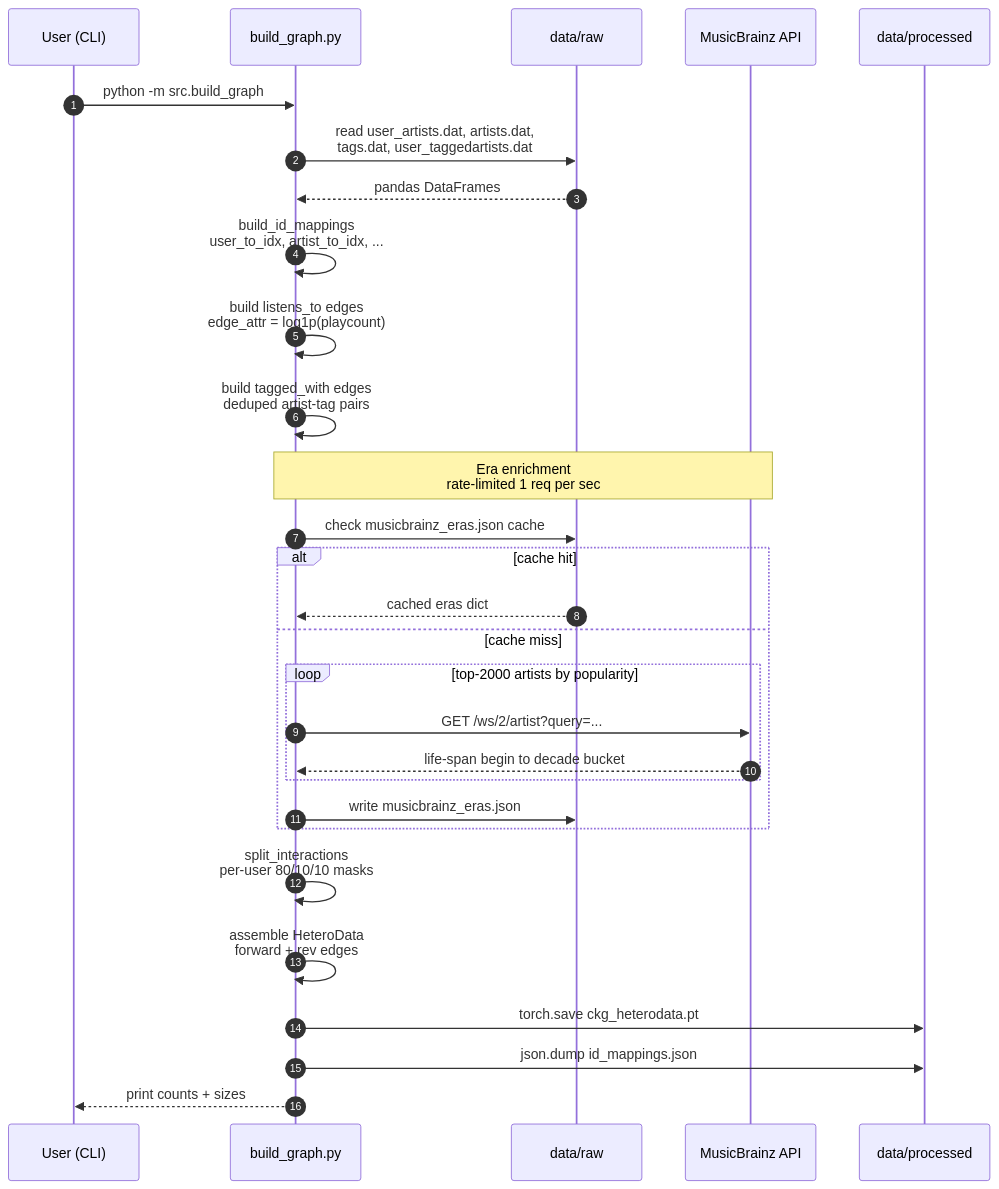
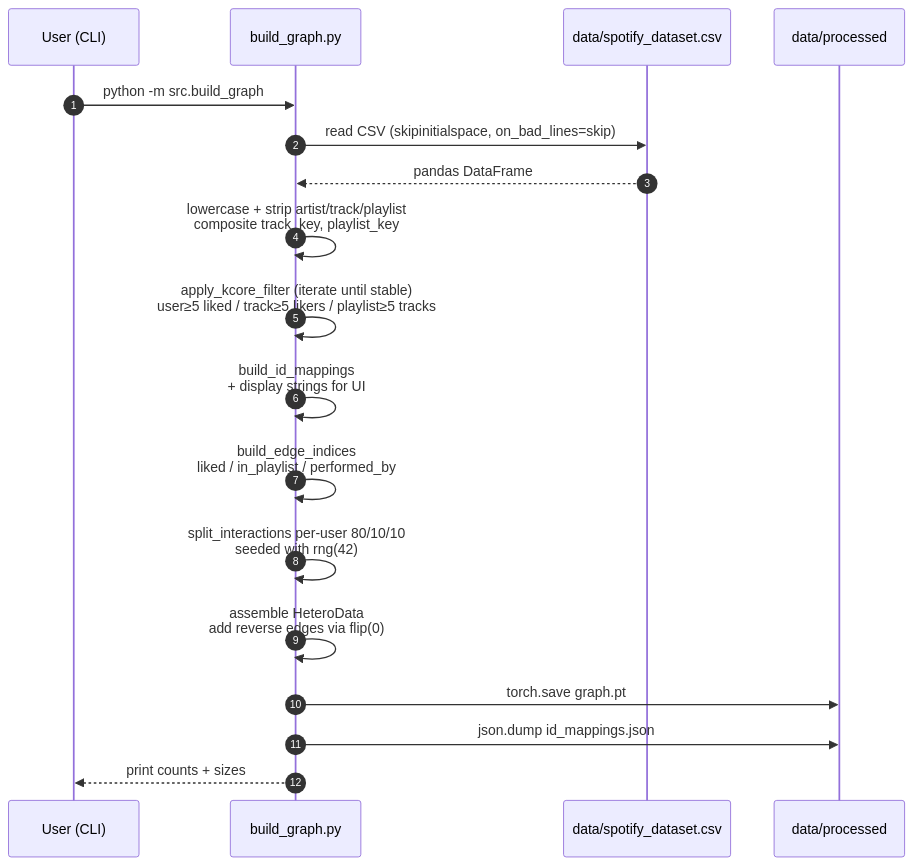
Before and after one commit to ogligorov/kgat-music-recommender: the fourth of 10 diagrams in docs/architecture.md, drawn with Mermaid. The commit also changed other lines of this file and 10 other files, not shown here.

````diff
--- a/docs/architecture.md
+++ b/docs/architecture.md
@@ -195,37 +221,24 @@
 ```mermaid
 sequenceDiagram
     autonumber
     participant U as User (CLI)
     participant BG as build_graph.py
-    participant FS as data/raw
-    participant MB as MusicBrainz API
+    participant FS as data/spotify_dataset.csv
     participant Out as data/processed
 
     U->>BG: python -m src.build_graph
-    BG->>FS: read user_artists.dat, artists.dat,<br/>tags.dat, user_taggedartists.dat
-    FS-->>BG: pandas DataFrames
+    BG->>FS: read CSV (skipinitialspace, on_bad_lines=skip)
+    FS-->>BG: pandas DataFrame
+    BG->>BG: lowercase + strip artist/track/playlist<br/>composite track_key, playlist_key
 
-    BG->>BG: build_id_mappings<br/>user_to_idx, artist_to_idx, ...
+    BG->>BG: apply_kcore_filter (iterate until stable)<br/>user≥5 liked / track≥5 likers / playlist≥5 tracks
+    BG->>BG: build_id_mappings<br/>+ display strings for UI
+    BG->>BG: build_edge_indices<br/>liked / in_playlist / performed_by
 
-    BG->>BG: build listens_to edges<br/>edge_attr = log1p(playcount)
-    BG->>BG: build tagged_with edges<br/>deduped artist-tag pairs
+    BG->>BG: split_interactions per-user 80/10/10<br/>seeded with rng(42)
+    BG->>BG: assemble HeteroData<br/>add reverse edges via flip(0)
 
-    Note over BG,MB: Era enrichment<br/>rate-limited 1 req per sec
-    BG->>FS: check musicbrainz_eras.json cache
-    alt cache hit
-        FS-->>BG: cached eras dict
-    else cache miss
-        loop top-2000 artists by popularity
-            BG->>MB: GET /ws/2/artist?query=...
-            MB-->>BG: life-span begin to decade bucket
-        end
-        BG->>FS: write musicbrainz_eras.json
-    end
-
-    BG->>BG: split_interactions<br/>per-user 80/10/10 masks
-    BG->>BG: assemble HeteroData<br/>forward + rev edges
-
-    BG->>Out: torch.save ckg_heterodata.pt
+    BG->>Out: torch.save graph.pt
     BG->>Out: json.dump id_mappings.json
     BG-->>U: print counts + sizes
 ```
````
